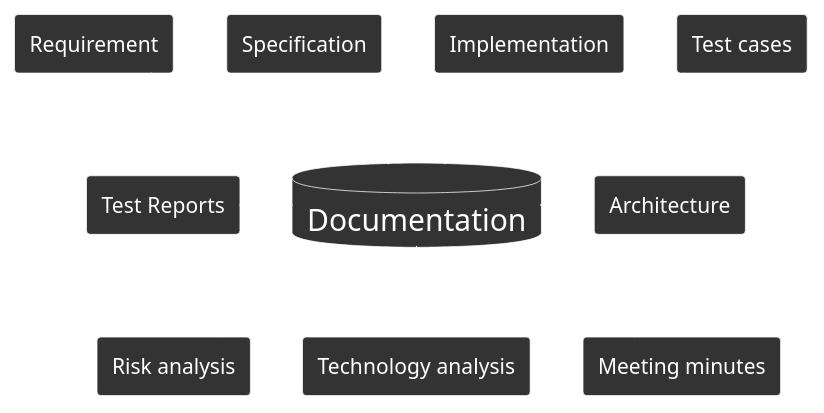
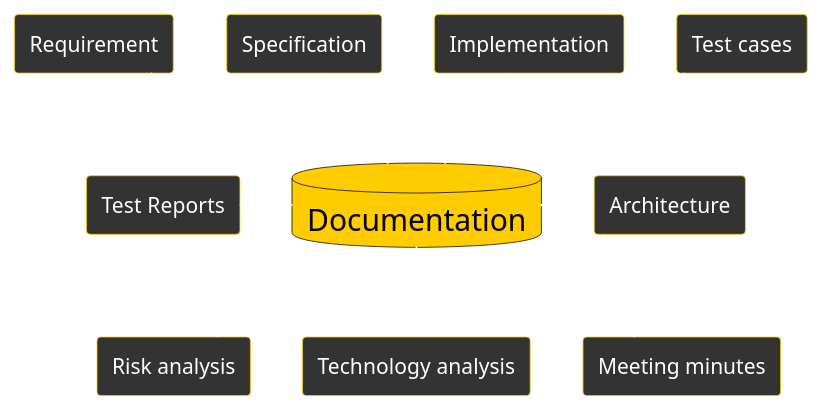
One commit to useblocks/dwf changed the diagram in presentations/plantuml/documentations.puml. Above: the diagram before and after it, drawn with PlantUML. The commit also changed 11 other files, not shown here.

```diff
--- a/presentations/plantuml/documentations.puml
+++ b/presentations/plantuml/documentations.puml
@@ -1,40 +1,41 @@
 @startuml
-
     skinparam backgroundColor transparent
     skinparam arrowColor #ffffff
+
     skinparam rectangleBackgroundColor #333
-    skinparam rectangleBorderColor #fff
+    skinparam rectangleBorderColor #ffcc00
     skinparam rectangleAttributeFontColor #fff
     skinparam rectangleFontColor #fff
-    skinparam databaseBackgroundColor #333
-    skinparam databaseBorderColor #fff
+
+    skinparam databaseBackgroundColor #ffcc00
+    skinparam databaseBorderColor #000
     skinparam databaseAttributeFontColor #fff
-    skinparam databaseFontColor #fff
+    skinparam databaseFontColor #000
     skinparam databaseFontSize 20
     skinparam shadowing false
 
     database "Documentation" as d
 
     rectangle "Requirement" as r
     rectangle "Specification" as s
     rectangle "Implementation" as i
     rectangle "Test cases" as t
     rectangle "Test Reports" as tr
     rectangle "Architecture" as a
     rectangle "Risk analysis" as ra
     rectangle "Technology analysis" as ta
     rectangle "Meeting minutes" as mm
 
 
     r --> d
     s --> d
     i --> d
     t --> d
 
     tr -right-> d
     a -left-> d
     ra -up-> d
     ta -up-> d
     mm -up-> d
 
 @enduml
```
